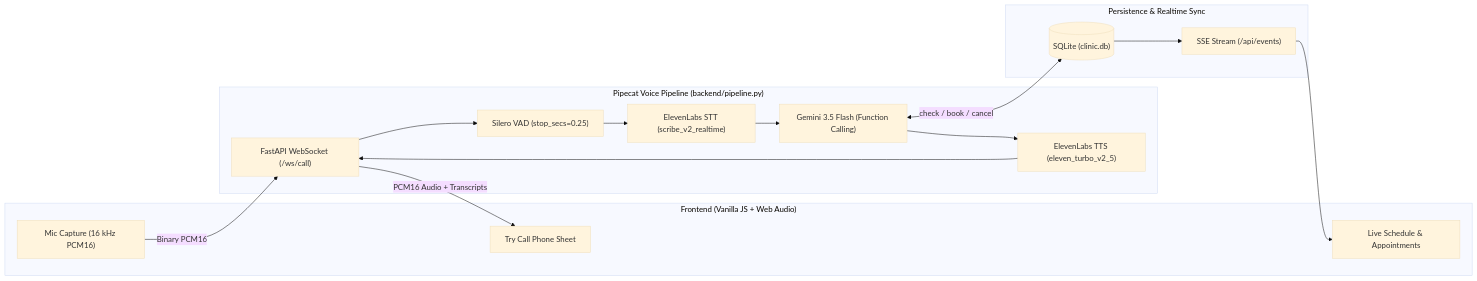
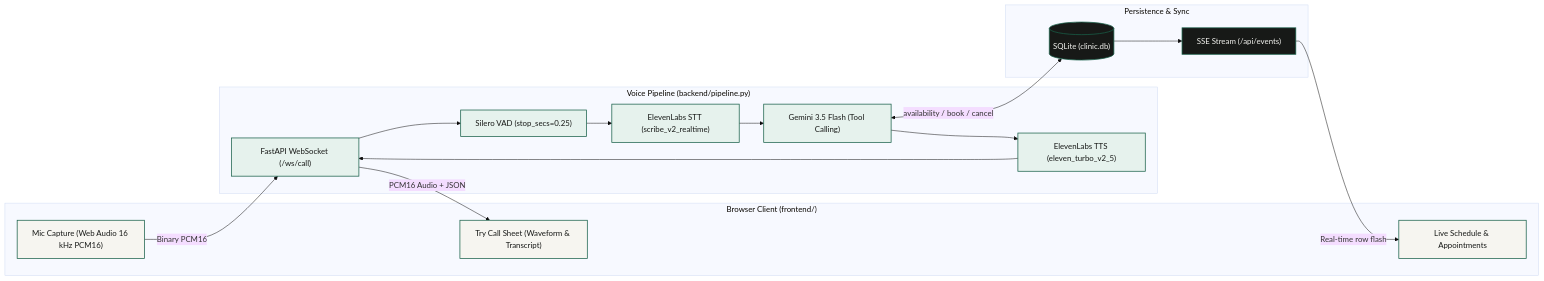
One commit to 26Utkarsh/Alderbrook-AI-Reception changed the first of 2 diagrams in README.md. Above: the diagram before and after it, drawn with Mermaid (base theme). The commit also changed other lines of this file, not shown here.

Commit message:
Final polish for README: styled diagrams, full reference tables, and setup guide

````diff
--- a/README.md
+++ b/README.md
@@ -20,27 +22,31 @@
 ```mermaid
 flowchart LR
-    subgraph Browser["Frontend (Vanilla JS + Web Audio)"]
-        Mic["Mic Capture (16 kHz PCM16)"]
-        UI["Live Schedule & Appointments"]
-        Phone["Try Call Phone Sheet"]
+    classDef client fill:#f6f5f0,stroke:#186049,stroke-width:1.5px,color:#171917
+    classDef pipe fill:#e6f2ed,stroke:#186049,stroke-width:1.5px,color:#171917
+    classDef store fill:#171917,stroke:#186049,stroke-width:1.5px,color:#f4f4f0
+
+    subgraph Browser["Browser Client (frontend/)"]
+        Mic["Mic Capture (Web Audio 16 kHz PCM16)"]:::client
+        Phone["Try Call Sheet (Waveform & Transcript)"]:::client
+        Dash["Live Schedule & Appointments"]:::client
     end
 
-    subgraph Pipeline["Pipecat Voice Pipeline (backend/pipeline.py)"]
-        WS["FastAPI WebSocket (/ws/call)"]
-        VAD["Silero VAD (stop_secs=0.25)"]
-        STT["ElevenLabs STT (scribe_v2_realtime)"]
-        LLM["Gemini 3.5 Flash (Function Calling)"]
-        TTS["ElevenLabs TTS (eleven_turbo_v2_5)"]
+    subgraph Pipecat["Voice Pipeline (backend/pipeline.py)"]
+        WS["FastAPI WebSocket (/ws/call)"]:::pipe
+        VAD["Silero VAD (stop_secs=0.25)"]:::pipe
+        STT["ElevenLabs STT (scribe_v2_realtime)"]:::pipe
+        LLM["Gemini 3.5 Flash (Tool Calling)"]:::pipe
+        TTS["ElevenLabs TTS (eleven_turbo_v2_5)"]:::pipe
     end
 
-    subgraph Data["Persistence & Realtime Sync"]
-        DB[("SQLite (clinic.db)")]
-        SSE["SSE Stream (/api/events)"]
+    subgraph Backend["Persistence & Sync"]
+        DB[("SQLite (clinic.db)")]:::store
+        SSE["SSE Stream (/api/events)"]:::store
     end
 
-    Mic -->|Binary PCM16| WS
+    Mic -->|"Binary PCM16"| WS
     WS --> VAD --> STT --> LLM
-    LLM <-->|check / book / cancel| DB
-    DB --> SSE --> UI
-    LLM --> TTS --> WS -->|PCM16 Audio + Transcripts| Phone
+    LLM <-->|"availability / book / cancel"| DB
+    DB --> SSE -->|"Real-time row flash"| Dash
+    LLM --> TTS --> WS -->|"PCM16 Audio + JSON"| Phone
 ```
````
